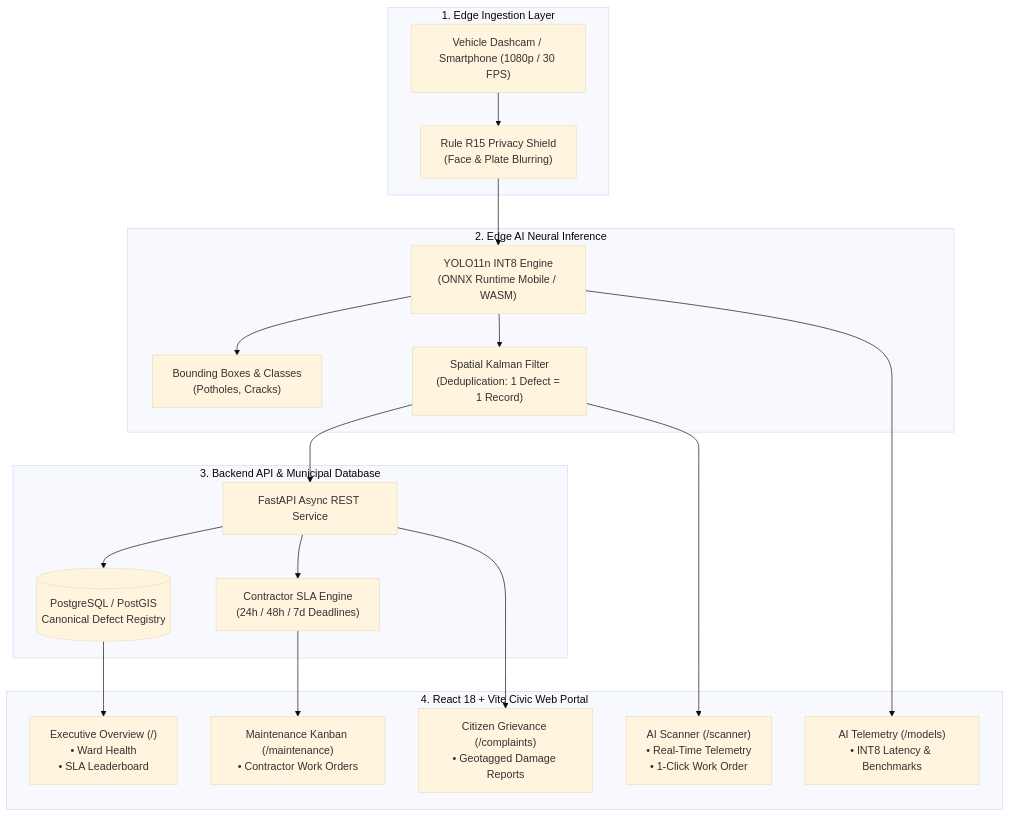
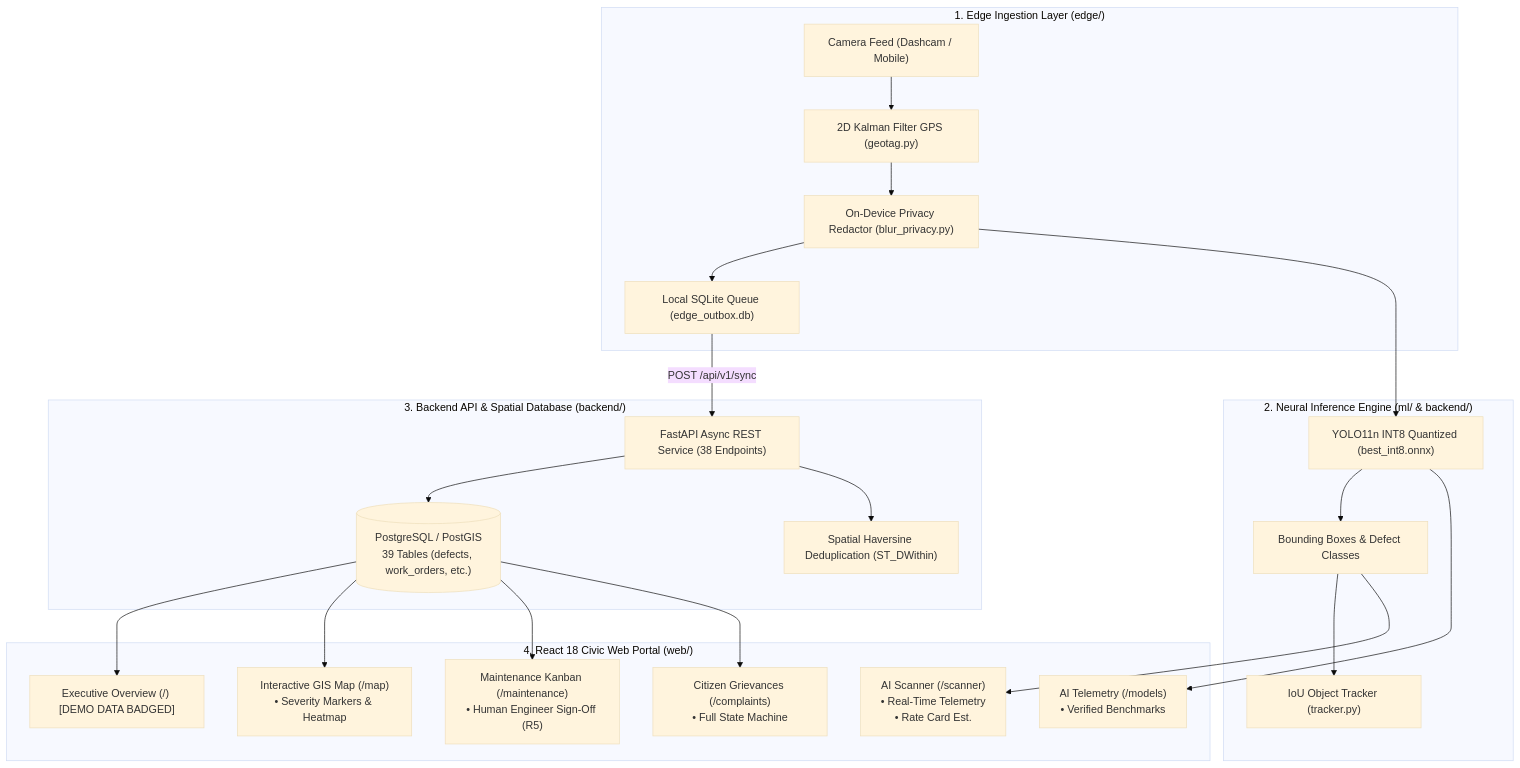
The diagram in README.md (Priya-Ranjan-0201/potholes), drawn with Mermaid (base theme) before and after one commit. The commit also changed other lines of this file and 13 other files, not shown here.

Commit message:
feat(honesty): complete Phase 2 claim fixes, rate card, and check_claims gate

````diff
--- a/README.md
+++ b/README.md
@@ -73,28 +50,32 @@
 ```mermaid
 flowchart TD
-    subgraph EdgeCapture["1. Edge Ingestion Layer"]
-        Dashcam["Vehicle Dashcam / Smartphone (1080p / 30 FPS)"]
-        PrivacyShield["Rule R15 Privacy Shield\n(Face & Plate Blurring)"]
-        Dashcam --> PrivacyShield
+    subgraph EdgeCapture["1. Edge Ingestion Layer (edge/)"]
+        Dashcam["Camera Feed (Dashcam / Mobile)"]
+        Geotag["2D Kalman Filter GPS (geotag.py)"]
+        PrivacyShield["On-Device Privacy Redactor (blur_privacy.py)"]
+        Outbox["Local SQLite Queue (edge_outbox.db)"]
+        
+        Dashcam --> Geotag --> PrivacyShield --> Outbox
     end
 
-    subgraph NeuralEngine["2. Edge AI Neural Inference"]
-        PrivacyShield --> YOLO["YOLO11n INT8 Engine\n(ONNX Runtime Mobile / WASM)"]
-        YOLO --> BBoxes["Bounding Boxes & Classes\n(Potholes, Cracks)"]
-        YOLO --> Tracker["Spatial Kalman Filter\n(Deduplication: 1 Defect = 1 Record)"]
+    subgraph NeuralEngine["2. Neural Inference Engine (ml/ & backend/)"]
+        PrivacyShield --> YOLO["YOLO11n INT8 Quantized (best_int8.onnx)"]
+        YOLO --> Detections["Bounding Boxes & Defect Classes"]
+        Detections --> IoUTracker["IoU Object Tracker (tracker.py)"]
     end
 
-    subgraph GovernanceCore["3. Backend API & Municipal Database"]
-        Tracker --> API["FastAPI Async REST Service"]
-        API --> DB[("PostgreSQL / PostGIS\nCanonical Defect Registry")]
-        API --> SLA["Contractor SLA Engine\n(24h / 48h / 7d Deadlines)"]
+    subgraph GovernanceCore["3. Backend API & Spatial Database (backend/)"]
+        Outbox -->|POST /api/v1/sync| API["FastAPI Async REST Service (38 Endpoints)"]
+        API --> DB[("PostgreSQL / PostGIS\n39 Tables (defects, work_orders, etc.)")]
+        API --> Deduplication["Spatial Haversine Deduplication (ST_DWithin)"]
     end
 
-    subgraph CivicPortal["4. React 18 + Vite Civic Web Portal"]
-        DB --> Dashboard["Executive Overview (/)\n• Ward Health\n• SLA Leaderboard"]
-        Tracker --> Scanner["AI Scanner (/scanner)\n• Real-Time Telemetry\n• 1-Click Work Order"]
-        SLA --> Kanban["Maintenance Kanban (/maintenance)\n• Contractor Work Orders"]
-        API --> Grievance["Citizen Grievance (/complaints)\n• Geotagged Damage Reports"]
-        YOLO --> Models["AI Telemetry (/models)\n• INT8 Latency & Benchmarks"]
+    subgraph WebPortal["4. React 18 Civic Web Portal (web/)"]
+        DB --> Dashboard["Executive Overview (/) [DEMO DATA BADGED]"]
+        Detections --> Scanner["AI Scanner (/scanner)\n• Real-Time Telemetry\n• Rate Card Est."]
+        DB --> GISMap["Interactive GIS Map (/map)\n• Severity Markers & Heatmap"]
+        DB --> Kanban["Maintenance Kanban (/maintenance)\n• Human Engineer Sign-Off (R5)"]
+        DB --> Grievance["Citizen Grievances (/complaints)\n• Full State Machine"]
+        YOLO --> Models["AI Telemetry (/models)\n• Verified Benchmarks"]
     end
 ```
````
